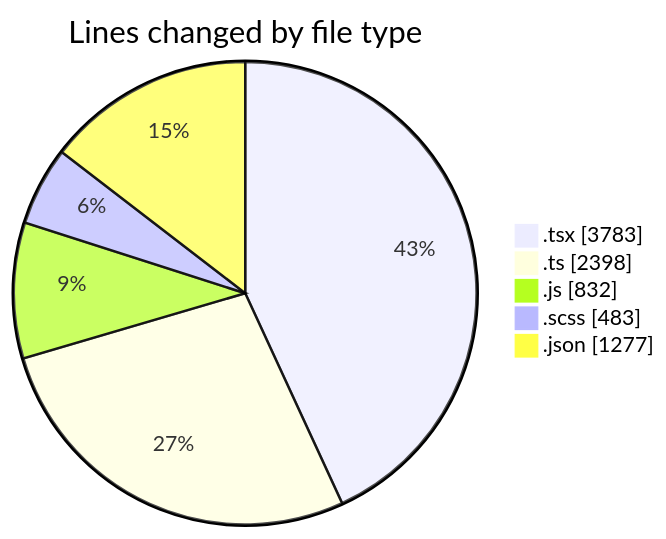
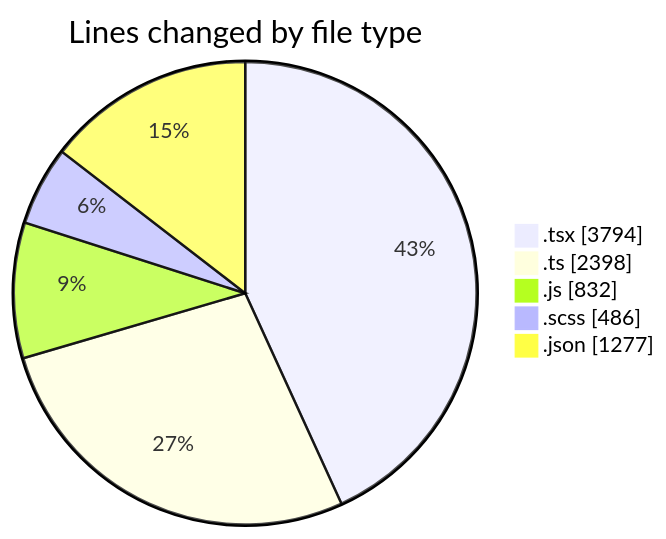
One commit to momahboobian/code-tracking changed the first of 2 diagrams in 2026-06-15/cda/README.md. Above: the diagram before and after it, drawn with Mermaid. The commit also changed other lines of this file and 1 other file, not shown here.

````diff
--- a/2026-06-15/cda/README.md
+++ b/2026-06-15/cda/README.md
@@ -69,9 +69,9 @@
 ```mermaid
 pie showData
 title Lines changed by file type
-".tsx" : 3783
+".tsx" : 3794
 ".ts" : 2398
 ".js" : 832
-".scss" : 483
+".scss" : 486
 ".json" : 1277
 ```
````
